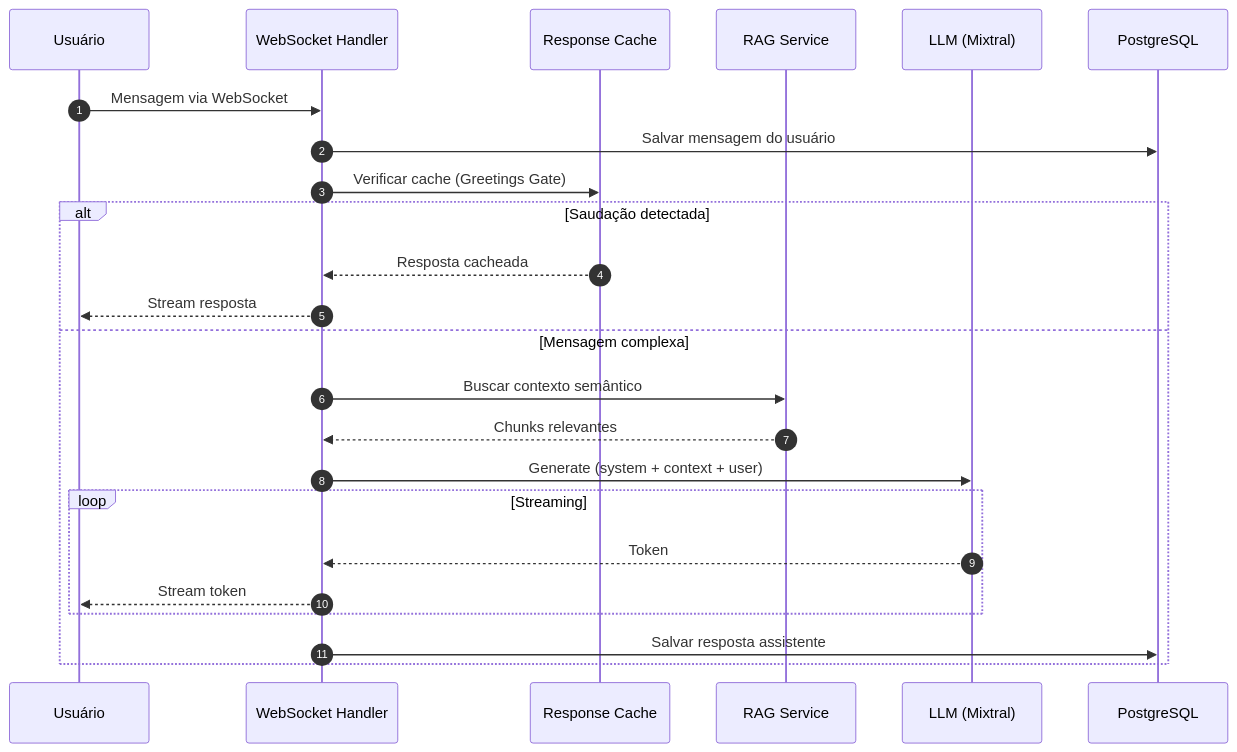
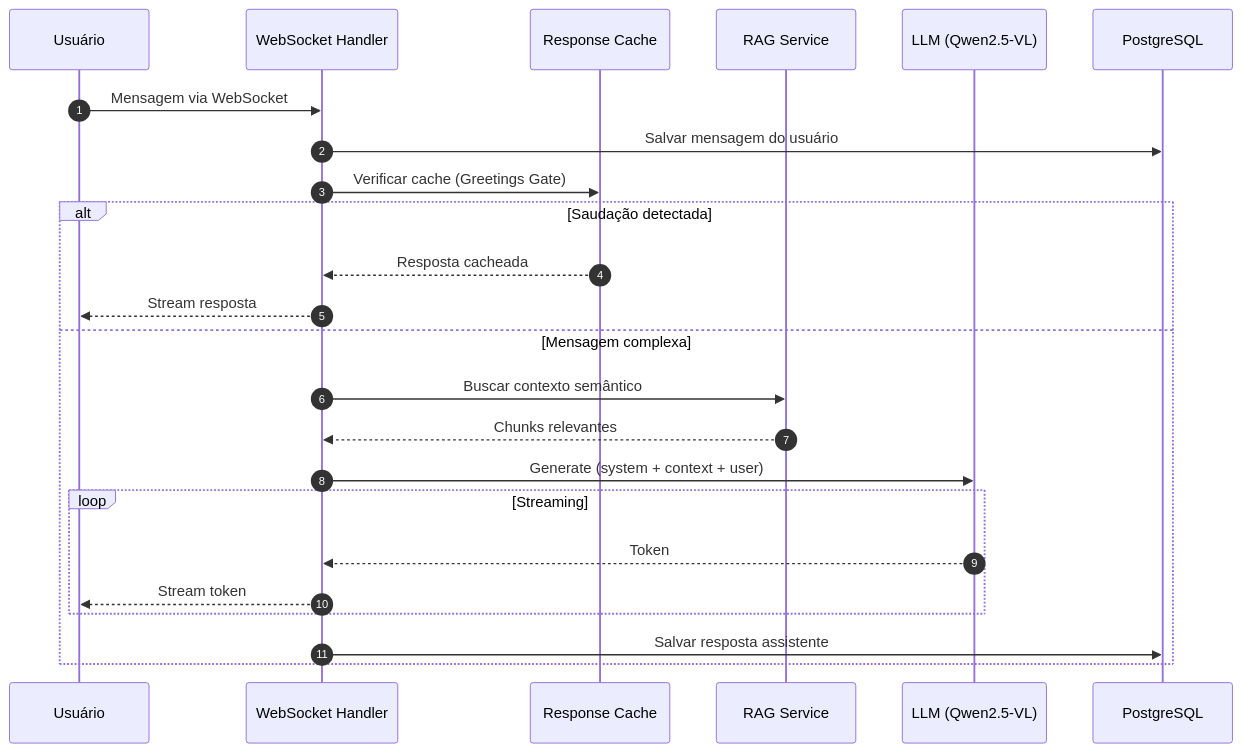
One commit to fillipeguerrabtc/alice changed the sixth of 13 diagrams in docs/ARQUITETURA.md. Above: the diagram before and after it, drawn with Mermaid. The commit also changed other lines of this file and 26 other files, not shown here.

Commit message:
feat!(gpu): complete migration to GPU architecture v4.0.0 - Qwen2.5-VL replaces Mixtral, FLUX removed, all GPU services run simultaneously (15GB/20GB VRAM)

````diff
--- a/docs/ARQUITETURA.md
+++ b/docs/ARQUITETURA.md
@@ -355,28 +355,28 @@
 ```mermaid
 sequenceDiagram
     autonumber
     participant U as Usuário
     participant WS as WebSocket Handler
     participant RC as Response Cache
     participant RAG as RAG Service
-    participant LLM as LLM (Mixtral)
+    participant LLM as LLM (Qwen2.5-VL)
     participant DB as PostgreSQL
     
     U->>WS: Mensagem via WebSocket
     WS->>DB: Salvar mensagem do usuário
     WS->>RC: Verificar cache (Greetings Gate)
     
     alt Saudação detectada
         RC-->>WS: Resposta cacheada
         WS-->>U: Stream resposta
     else Mensagem complexa
         WS->>RAG: Buscar contexto semântico
         RAG-->>WS: Chunks relevantes
         WS->>LLM: Generate (system + context + user)
         loop Streaming
             LLM-->>WS: Token
             WS-->>U: Stream token
         end
         WS->>DB: Salvar resposta assistente
     end
 ```
````
